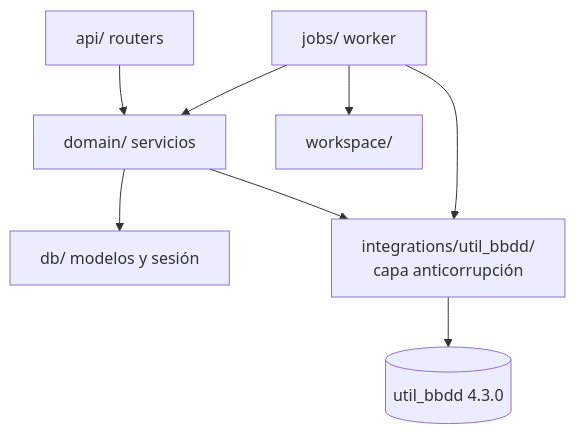
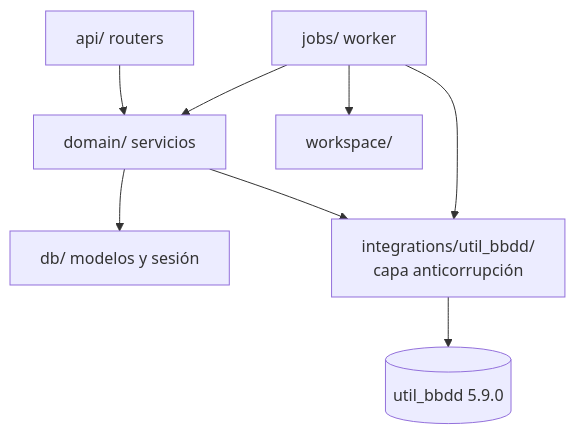
Before and after one commit to fmanza/util_bbdd_web: the second of 2 diagrams in docs/architecture.md, drawn with Mermaid. The commit also changed other lines of this file and 39 other files, not shown here.

````diff
--- a/docs/architecture.md
+++ b/docs/architecture.md
@@ -31,10 +31,10 @@
 ```mermaid
 flowchart TB
     api[api/ routers] --> domain[domain/ servicios]
     domain --> db[db/ modelos y sesión]
     domain --> integ[integrations/util_bbdd/<br/>capa anticorrupción]
     jobs[jobs/ worker] --> domain
     jobs --> integ
     jobs --> ws[workspace/]
-    integ --> lib[(util_bbdd 4.3.0)]
+    integ --> lib[(util_bbdd 5.9.0)]
 ```
````
